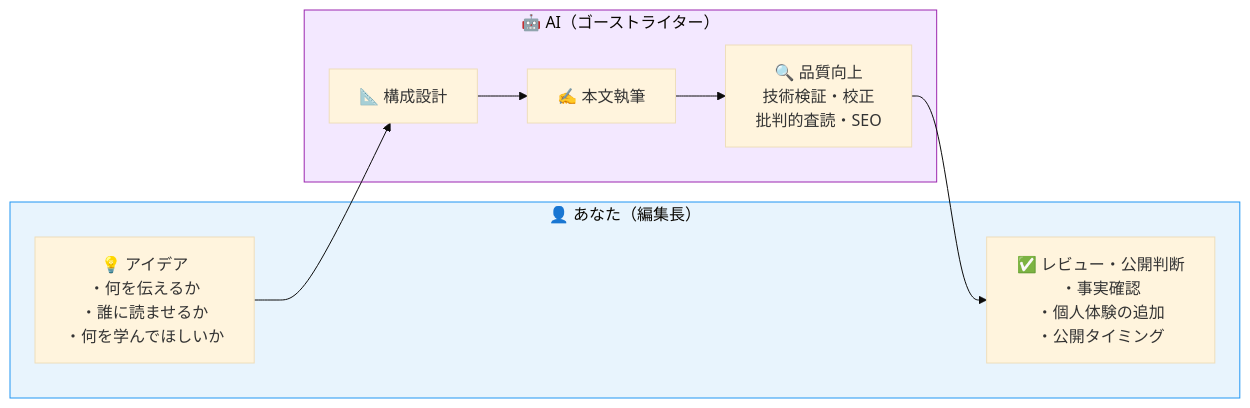
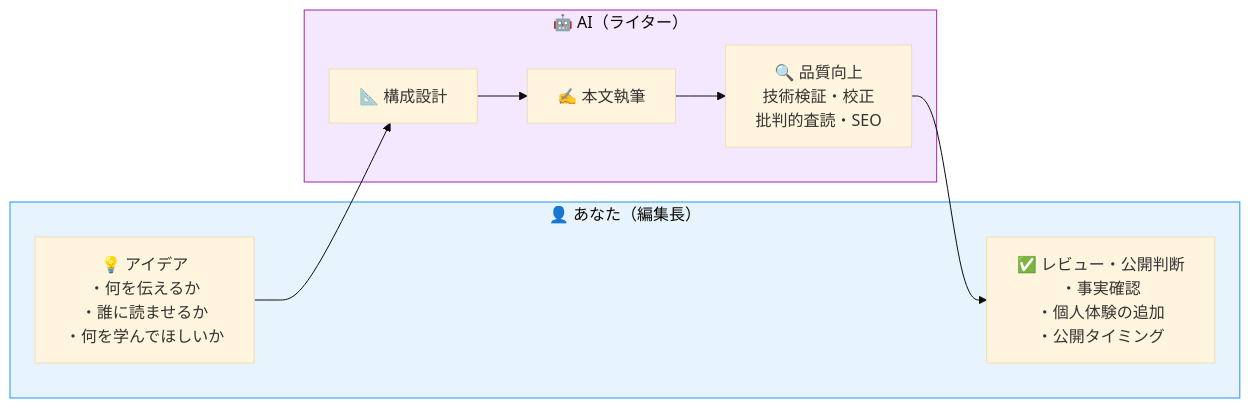
One commit to neoti0/qiita_writer changed the first of 4 diagrams in output/final_article.md. Above: the diagram before and after it, drawn with Mermaid (base theme). The commit also changed other lines of this file and 4 other files, not shown here.

````diff
--- a/output/final_article.md
+++ b/output/final_article.md
@@ -39,18 +49,18 @@
 ```mermaid
 flowchart LR
     subgraph human["👤 あなた（編集長）"]
         A["💡 アイデア<br>・何を伝えるか<br>・誰に読ませるか<br>・何を学んでほしいか"]
         E["✅ レビュー・公開判断<br>・事実確認<br>・個人体験の追加<br>・公開タイミング"]
     end
 
-    subgraph ai["🤖 AI（ゴーストライター）"]
+    subgraph ai["🤖 AI（ライター）"]
         B["📐 構成設計"]
         C["✍️ 本文執筆"]
         D["🔍 品質向上<br>技術検証・校正<br>批判的査読・SEO"]
     end
 
     A --> B --> C --> D --> E
 
     style human fill:#e8f4fd,stroke:#2196F3
     style ai fill:#f3e8ff,stroke:#9C27B0
 ```
````
